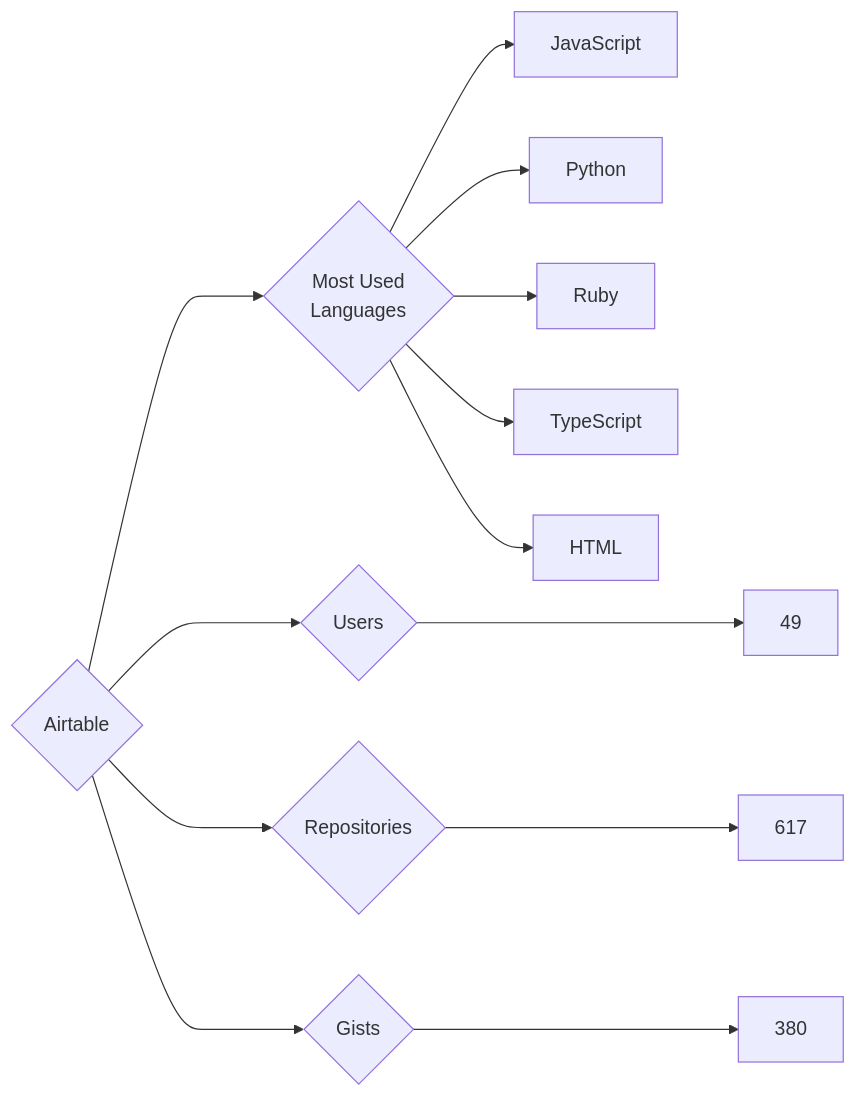
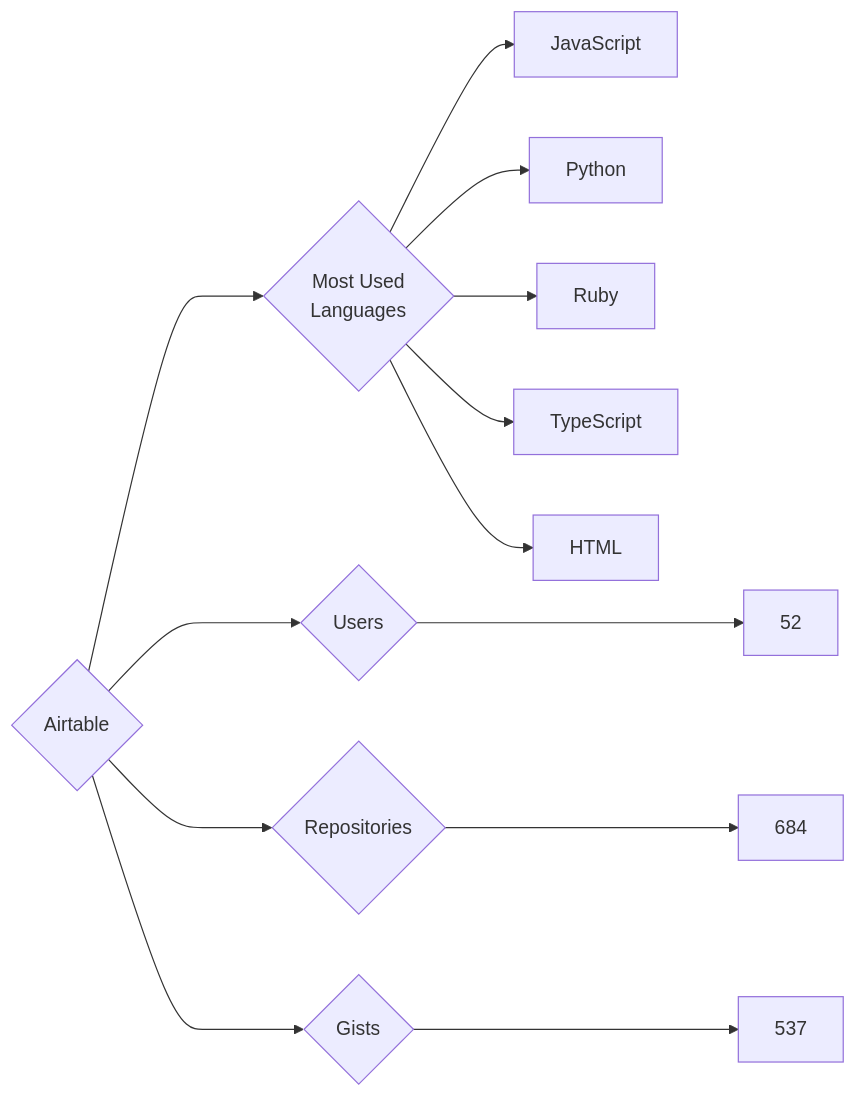
Before and after one commit to trickest/insiders: the diagram in targets/Airtable/README.md, drawn with Mermaid. The commit also changed 888 other files, not shown here.

````diff
--- a/targets/Airtable/README.md
+++ b/targets/Airtable/README.md
@@ -3,13 +3,13 @@
 ```mermaid
 graph LR
 COMPANY_NAME{Airtable}
-COMPANY_NAME ---> U{Users} ---> UN[49]
-COMPANY_NAME ---> R{Repositories} ---> RN[617]
-COMPANY_NAME ---> G{Gists} ---> GN[380]
+COMPANY_NAME ---> U{Users} ---> UN[52]
+COMPANY_NAME ---> R{Repositories} ---> RN[684]
+COMPANY_NAME ---> G{Gists} ---> GN[537]
 COMPANY_NAME ---> ML{Most Used<br>Languages}
 ML --> JavaScript[JavaScript]
 ML --> Python[Python]
 ML --> Ruby[Ruby]
 ML --> TypeScript[TypeScript]
 ML --> HTML[HTML]
 ```
````
